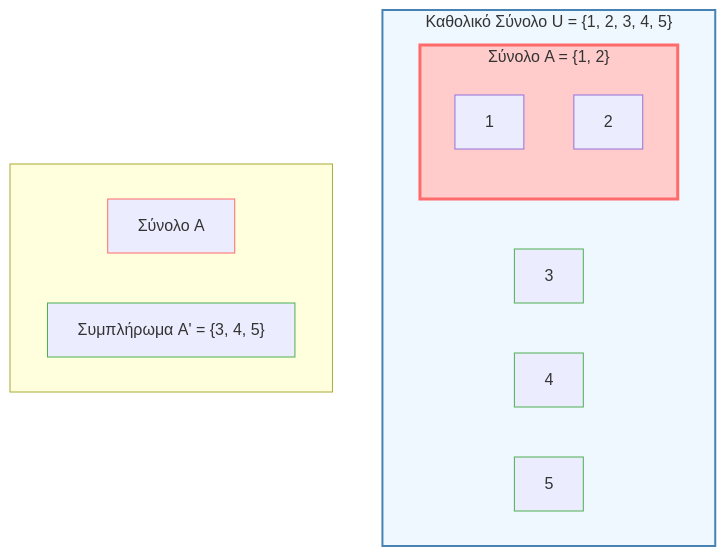
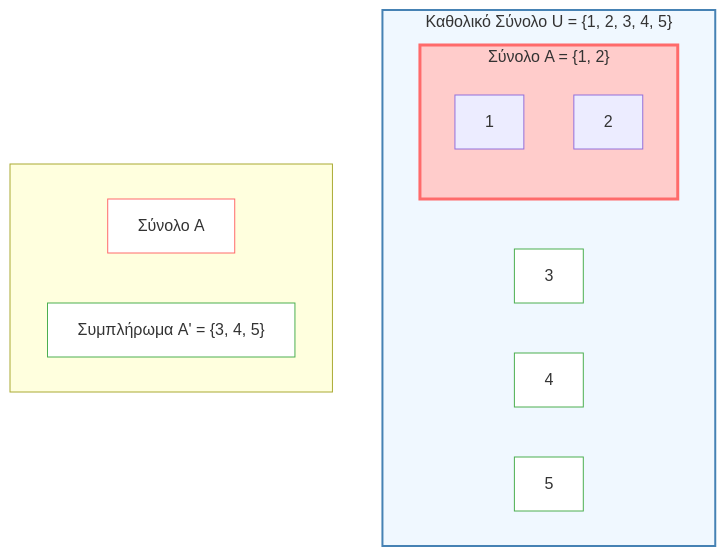
The first of 6 diagrams in Year_1/Semester_2/DISCRETE_MATHEMATICS/Resources/Notes/02_set_operations_and_venn.md (PanagopoulosNikolaos/DitOpenNotes), drawn with Mermaid before and after one commit. The commit also changed other lines of this file and 5 other files, not shown here.

````diff
--- a/Year_1/Semester_2/DISCRETE_MATHEMATICS/Resources/Notes/02_set_operations_and_venn.md
+++ b/Year_1/Semester_2/DISCRETE_MATHEMATICS/Resources/Notes/02_set_operations_and_venn.md
@@ -16,27 +16,27 @@
 ```mermaid
 graph TD
     subgraph U [" Καθολικό Σύνολο U = {1, 2, 3, 4, 5}"]
         subgraph A ["Σύνολο A = {1, 2}"]
             style A fill:#ffcccb,stroke:#ff6b6b,stroke-width:3px
             a1[1]
             a2[2]
         end
         
         c3[3]
         c4[4] 
         c5[5]
     end
     
     subgraph Legend [" "]
         L1[" Σύνολο A"]
         L2[" Συμπλήρωμα A' = {3, 4, 5}"]
     end
     
     style U fill:#f0f8ff,stroke:#4682b4,stroke-width:2px
-    style c3 fill:#f,stroke:#4caf50
-    style c4 fill:#f,stroke:#4caf50  
-    style c5 fill:#f,stroke:#4caf50
-    style L1 fill:#f,stroke:#ff6b6b
-    style L2 fill:#f,stroke:#4caf50
+    style c3 fill:#ffffff,stroke:#4caf50
+    style c4 fill:#ffffff,stroke:#4caf50  
+    style c5 fill:#ffffff,stroke:#4caf50
+    style L1 fill:#ffffff,stroke:#ff6b6b
+    style L2 fill:#ffffff,stroke:#4caf50
 
 ```
````
